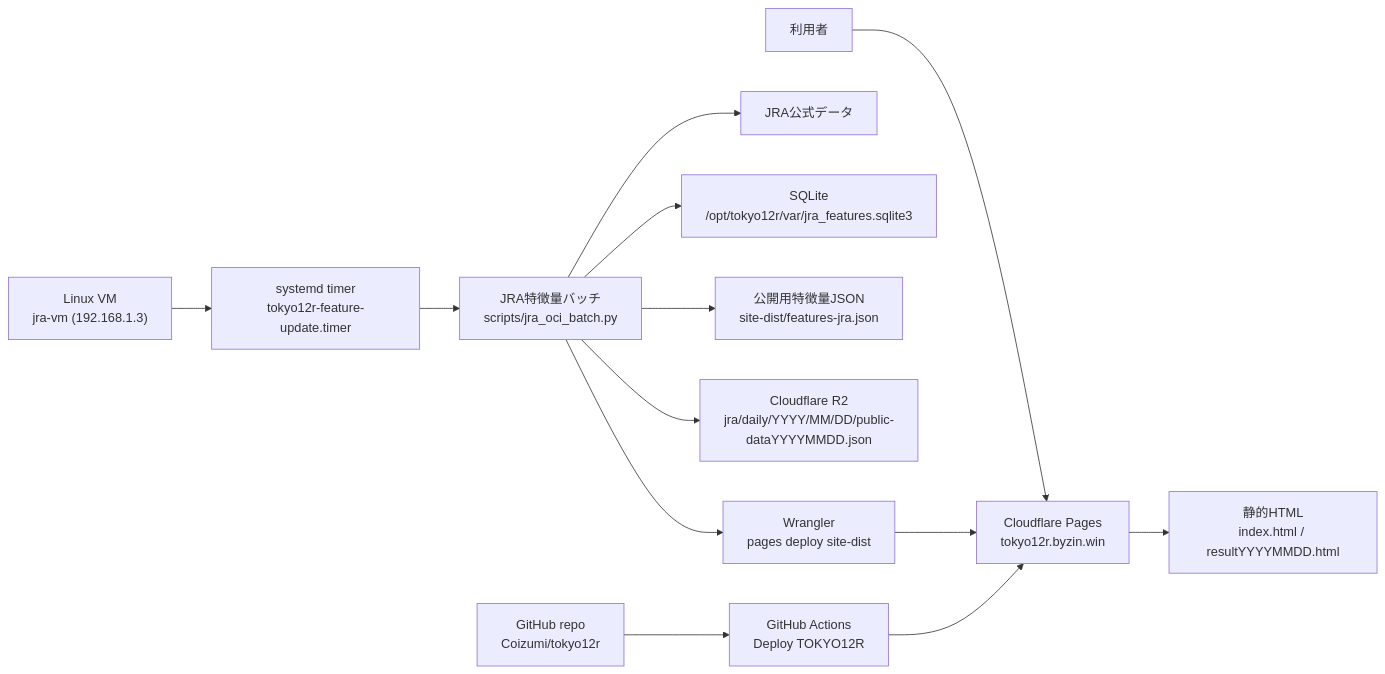
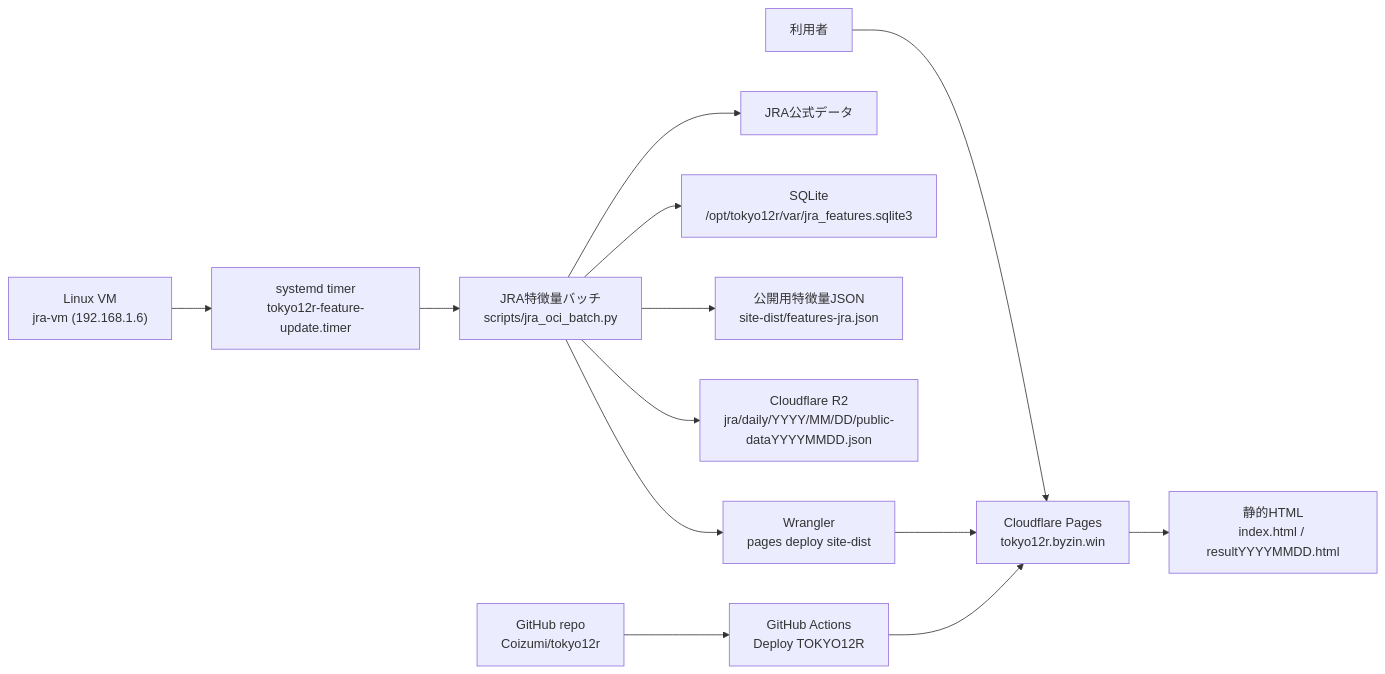
One commit to Coizumi/tokyo12r changed the diagram in specs.md. Above: the diagram before and after it, drawn with Mermaid. The commit also changed other lines of this file and 7 other files, not shown here.

Commit message:
Update infrastructure references to local Linux VM `jra-vm` (192.168.1.6) and mark obsolete documents

````diff
--- a/specs.md
+++ b/specs.md
@@ -42,18 +42,18 @@
 ```mermaid
 flowchart LR
   user["利用者"] --> pages["Cloudflare Pages<br/>tokyo12r.byzin.win"]
   pages --> html["静的HTML<br/>index.html / resultYYYYMMDD.html"]
 
-  vm["Linux VM<br/>jra-vm (192.168.1.3)"]
+  vm["Linux VM<br/>jra-vm (192.168.1.6)"]
   vm --> systemd["systemd timer<br/>tokyo12r-feature-update.timer"]
   systemd --> batch["JRA特徴量バッチ<br/>scripts/jra_oci_batch.py"]
   batch --> jra["JRA公式データ"]
   batch --> sqlite["SQLite<br/>/opt/tokyo12r/var/jra_features.sqlite3"]
   batch --> features["公開用特徴量JSON<br/>site-dist/features-jra.json"]
   batch --> r2["Cloudflare R2<br/>jra/daily/YYYY/MM/DD/public-dataYYYYMMDD.json"]
   batch --> cfdeploy["Wrangler<br/>pages deploy site-dist"]
   cfdeploy --> pages
 
   repo["GitHub repo<br/>Coizumi/tokyo12r"] --> actions["GitHub Actions<br/>Deploy TOKYO12R"]
   actions --> pages
 ```
````
